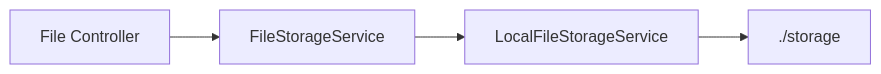
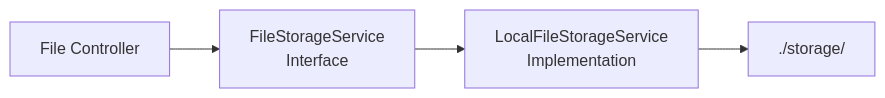
One commit to Atharvkote/spring-boot-async-processing-rabbitmq changed the fifth of 23 diagrams in README.md. Above: the diagram before and after it, drawn with Mermaid. The commit also changed other lines of this file, not shown here.

````diff
--- a/README.md
+++ b/README.md
@@ -330,12 +293,12 @@
 ```mermaid
 graph LR
 
-    CONTROLLER[File Controller]
-    SERVICE[FileStorageService]
-    IMPLEMENTATION[LocalFileStorageService]
-    STORAGE["./storage"]
+    CONTROLLER["File Controller"]
+    INTERFACE["FileStorageService<br/>Interface"]
+    IMPLEMENTATION["LocalFileStorageService<br/>Implementation"]
+    STORAGE["./storage/"]
 
-    CONTROLLER --> SERVICE
-    SERVICE --> IMPLEMENTATION
+    CONTROLLER --> INTERFACE
+    INTERFACE --> IMPLEMENTATION
     IMPLEMENTATION --> STORAGE
 ```
````
